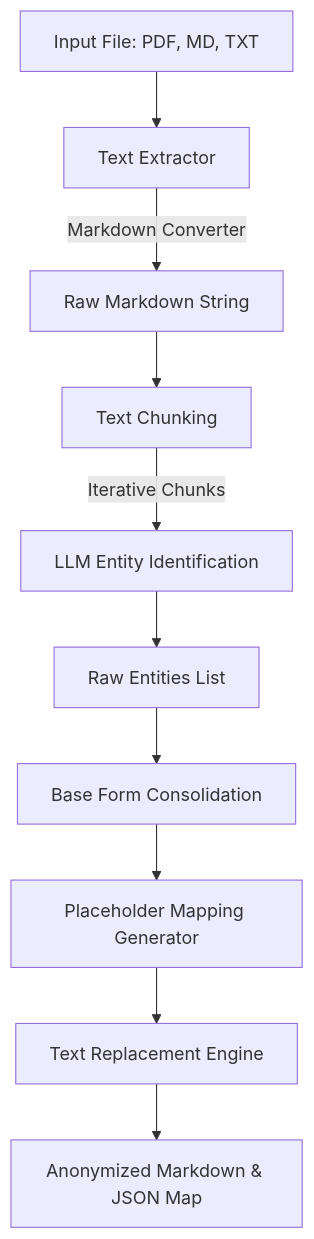
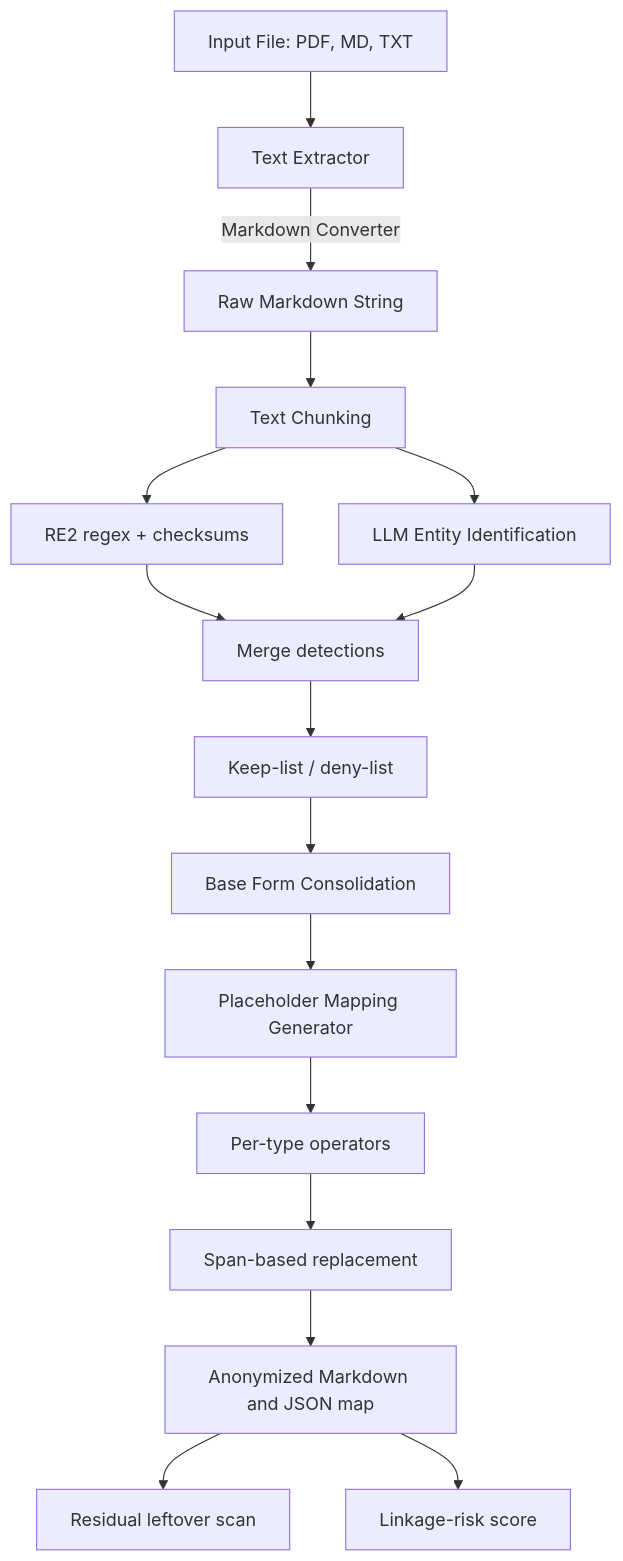
The diagram in docs/project/architecture.md (leo-gan/anonymizer), drawn with Mermaid before and after one commit. The commit also changed other lines of this file and 22 other files, not shown here.

````diff
--- a/docs/project/architecture.md
+++ b/docs/project/architecture.md
@@ -38,12 +38,18 @@
 ```mermaid
 graph TD
     File[Input File: PDF, MD, TXT] --> Ext[Text Extractor]
     Ext -->|Markdown Converter| RawMD[Raw Markdown String]
     RawMD --> Chunk[Text Chunking]
-    Chunk -->|Iterative Chunks| LLM[LLM Entity Identification]
-    LLM --> Entity[Raw Entities List]
-    Entity --> Cons[Base Form Consolidation]
+    Chunk --> Regex[RE2 regex + checksums]
+    Chunk --> LLM[LLM Entity Identification]
+    Regex --> Merge[Merge detections]
+    LLM --> Merge
+    Merge --> Gaz[Keep-list / deny-list]
+    Gaz --> Cons[Base Form Consolidation]
     Cons --> MapGen[Placeholder Mapping Generator]
-    MapGen --> Repl[Text Replacement Engine]
-    Repl --> Output[Anonymized Markdown & JSON Map]
+    MapGen --> Ops[Per-type operators]
+    Ops --> Repl[Span-based replacement]
+    Repl --> Output[Anonymized Markdown and JSON map]
+    Output --> Verify[Residual leftover scan]
+    Output --> Risk[Linkage-risk score]
 ```
````
